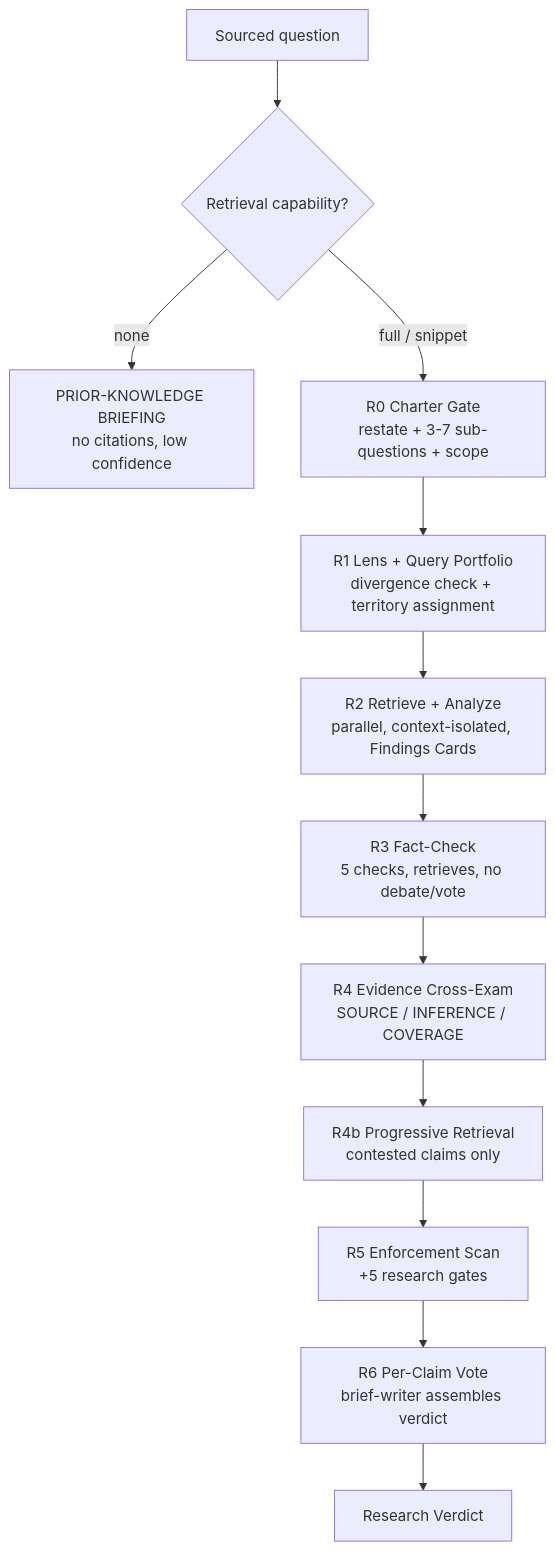
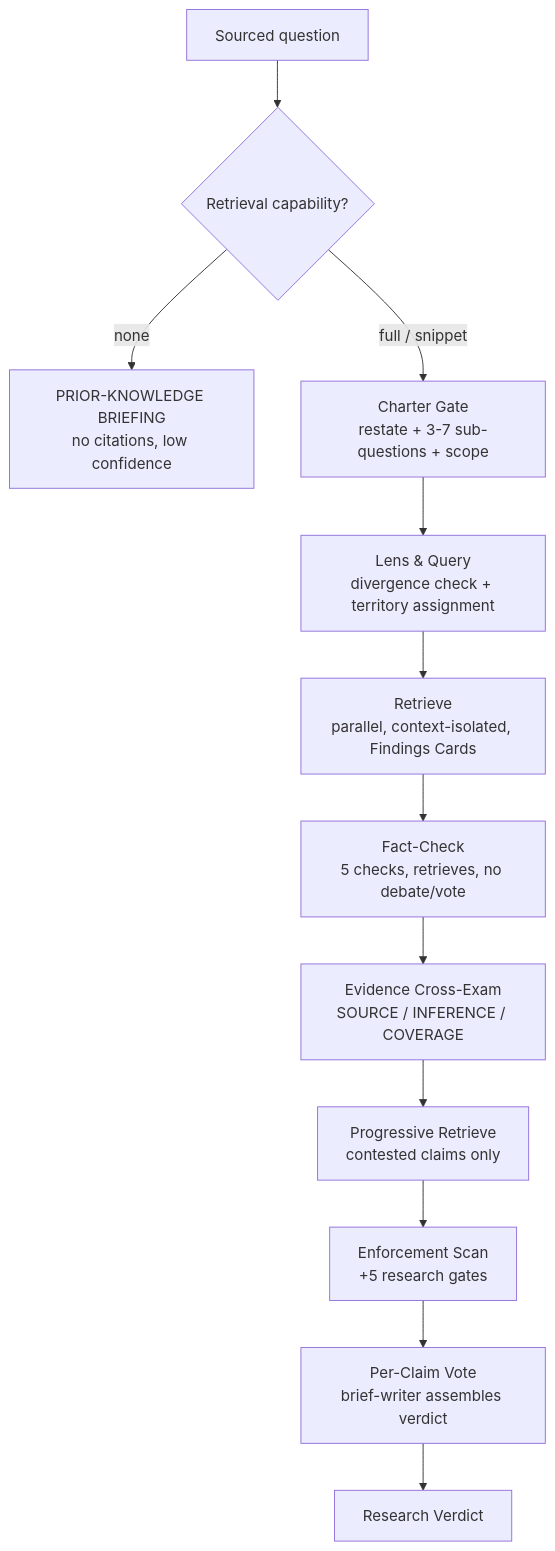
The tenth of 10 diagrams in docs/architecture.md (BhavanPatel/council-of-minds), drawn with Mermaid before and after one commit. The commit also changed other lines of this file and 26 other files, not shown here.

````diff
--- a/docs/architecture.md
+++ b/docs/architecture.md
@@ -395,14 +395,14 @@
 ```mermaid
 flowchart TD
     Q[Sourced question] --> Gate{Retrieval capability?}
     Gate -->|none| Brief[PRIOR-KNOWLEDGE BRIEFING<br/>no citations, low confidence]
-    Gate -->|full / snippet| R0[R0 Charter Gate<br/>restate + 3-7 sub-questions + scope]
-    R0 --> R1[R1 Lens + Query Portfolio<br/>divergence check + territory assignment]
-    R1 --> R2[R2 Retrieve + Analyze<br/>parallel, context-isolated, Findings Cards]
-    R2 --> R3[R3 Fact-Check<br/>5 checks, retrieves, no debate/vote]
-    R3 --> R4[R4 Evidence Cross-Exam<br/>SOURCE / INFERENCE / COVERAGE]
-    R4 --> R4b[R4b Progressive Retrieval<br/>contested claims only]
-    R4b --> R5[R5 Enforcement Scan<br/>+5 research gates]
-    R5 --> R6[R6 Per-Claim Vote<br/>brief-writer assembles verdict]
-    R6 --> V[Research Verdict]
+    Gate -->|full / snippet| Charter[Charter Gate<br/>restate + 3-7 sub-questions + scope]
+    Charter --> Lens[Lens & Query<br/>divergence check + territory assignment]
+    Lens --> Retrieve[Retrieve<br/>parallel, context-isolated, Findings Cards]
+    Retrieve --> FactCheck[Fact-Check<br/>5 checks, retrieves, no debate/vote]
+    FactCheck --> CrossExam[Evidence Cross-Exam<br/>SOURCE / INFERENCE / COVERAGE]
+    CrossExam --> Progressive[Progressive Retrieve<br/>contested claims only]
+    Progressive --> Enforce[Enforcement Scan<br/>+5 research gates]
+    Enforce --> Vote[Per-Claim Vote<br/>brief-writer assembles verdict]
+    Vote --> V[Research Verdict]
 ```
````
